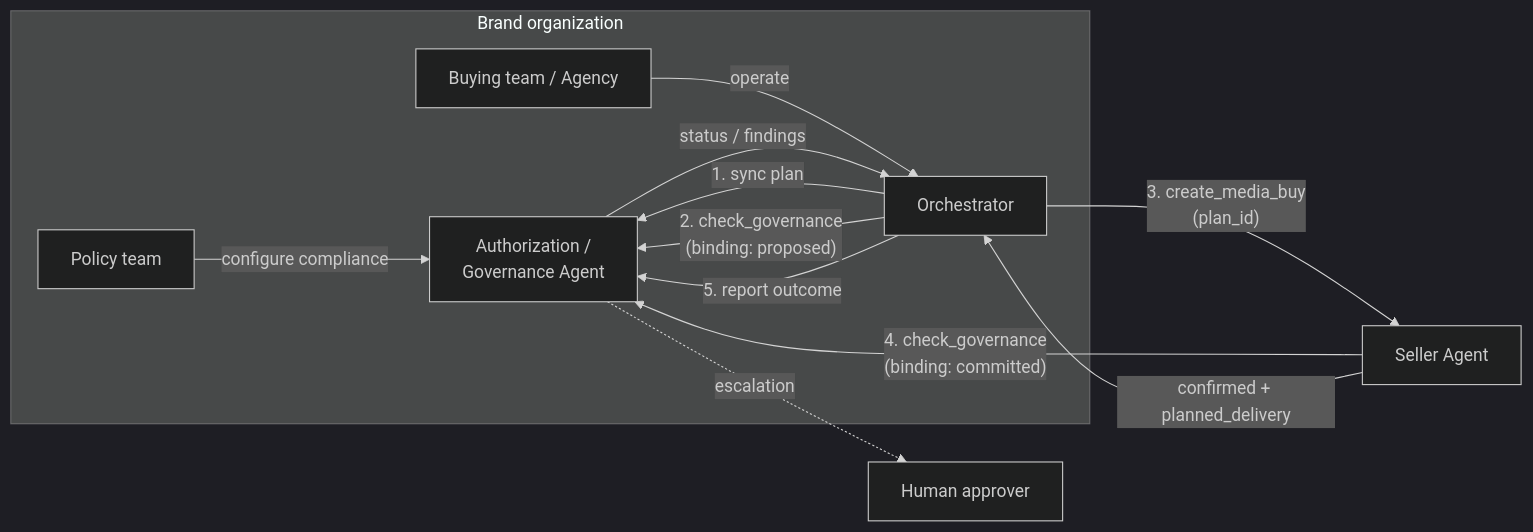
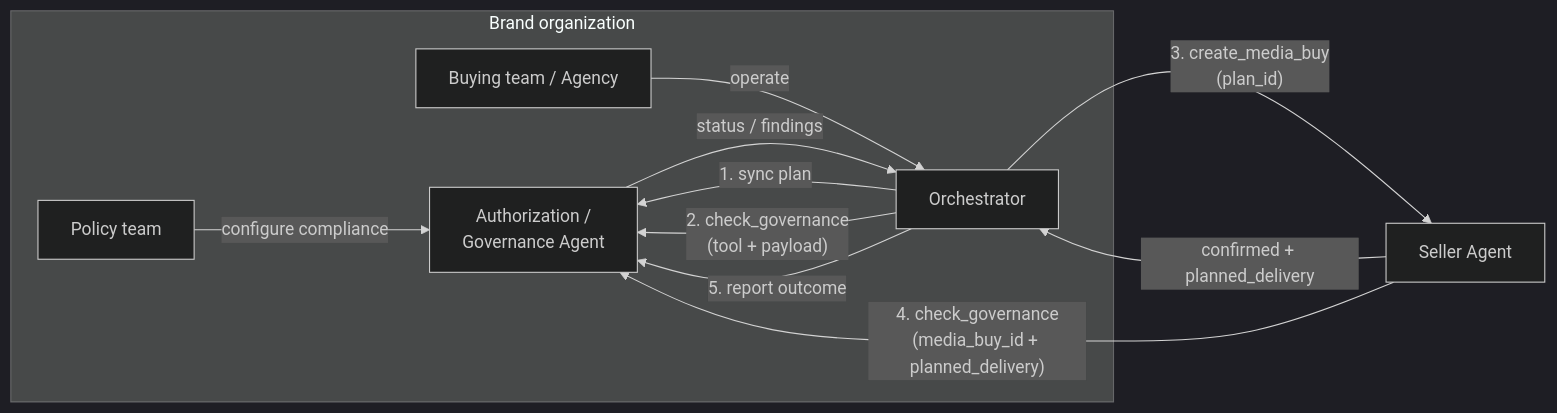
One commit to adcontextprotocol/adcp changed the diagram in docs/governance/campaign/index.mdx. Above: the diagram before and after it, drawn with Mermaid (dark theme). The commit also changed other lines of this file and 42 other files, not shown here.

````diff
--- a/docs/governance/campaign/index.mdx
+++ b/docs/governance/campaign/index.mdx
@@ -49,20 +49,19 @@
 ```mermaid
 flowchart LR
     subgraph brand["Brand organization"]
         policy["Policy team"]
         buying["Buying team / Agency"]
         orchestrator["Orchestrator"]
         gov["Authorization /<br/>Governance Agent"]
         policy -->|"configure compliance"| gov
         buying -->|"operate"| orchestrator
         orchestrator -->|"1. sync plan"| gov
-        orchestrator -->|"2. check_governance<br/>(binding: proposed)"| gov
+        orchestrator -->|"2. check_governance<br/>(tool + payload)"| gov
         orchestrator -->|"5. report outcome"| gov
         gov -->|"status / findings"| orchestrator
     end
 
     orchestrator -->|"3. create_media_buy<br/>(plan_id)"| seller["Seller Agent"]
-    seller -->|"4. check_governance<br/>(binding: committed)"| gov
+    seller -->|"4. check_governance<br/>(media_buy_id + planned_delivery)"| gov
     seller -->|"confirmed + planned_delivery"| orchestrator
-    gov -.->|"escalation"| human["Human approver"]
 ```
````
